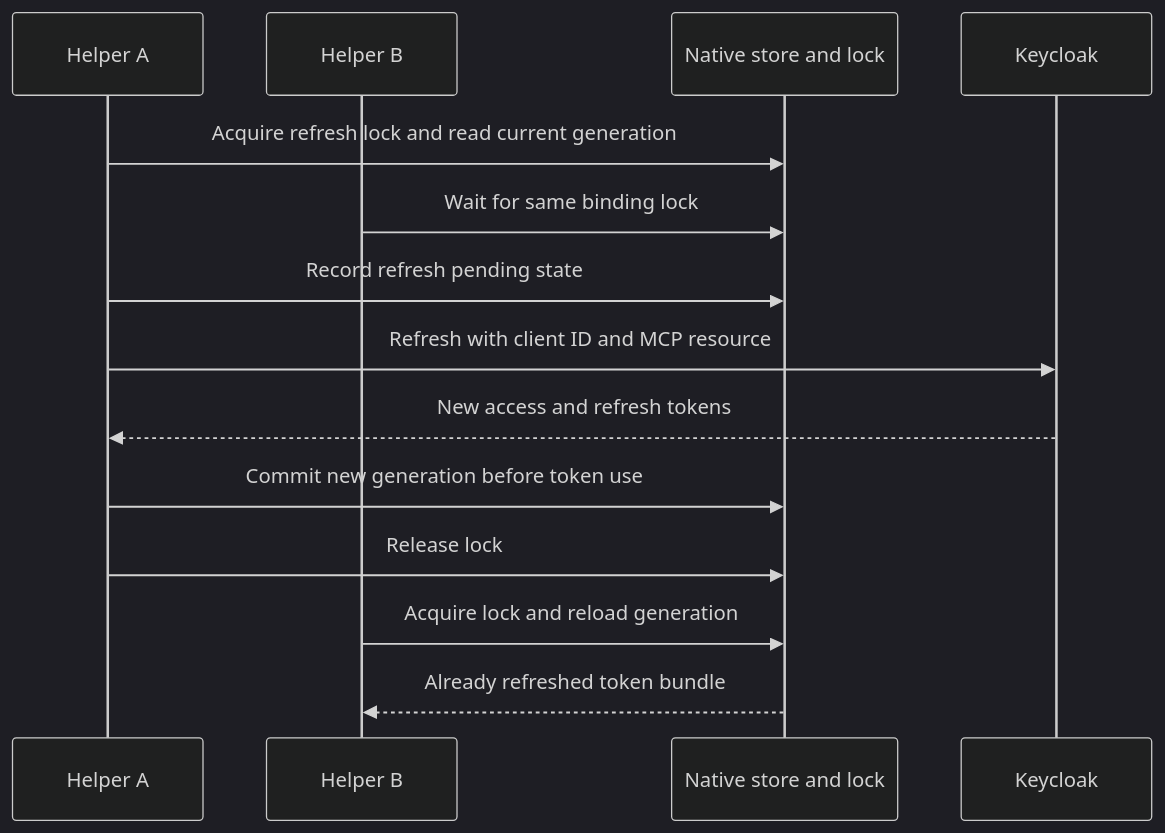
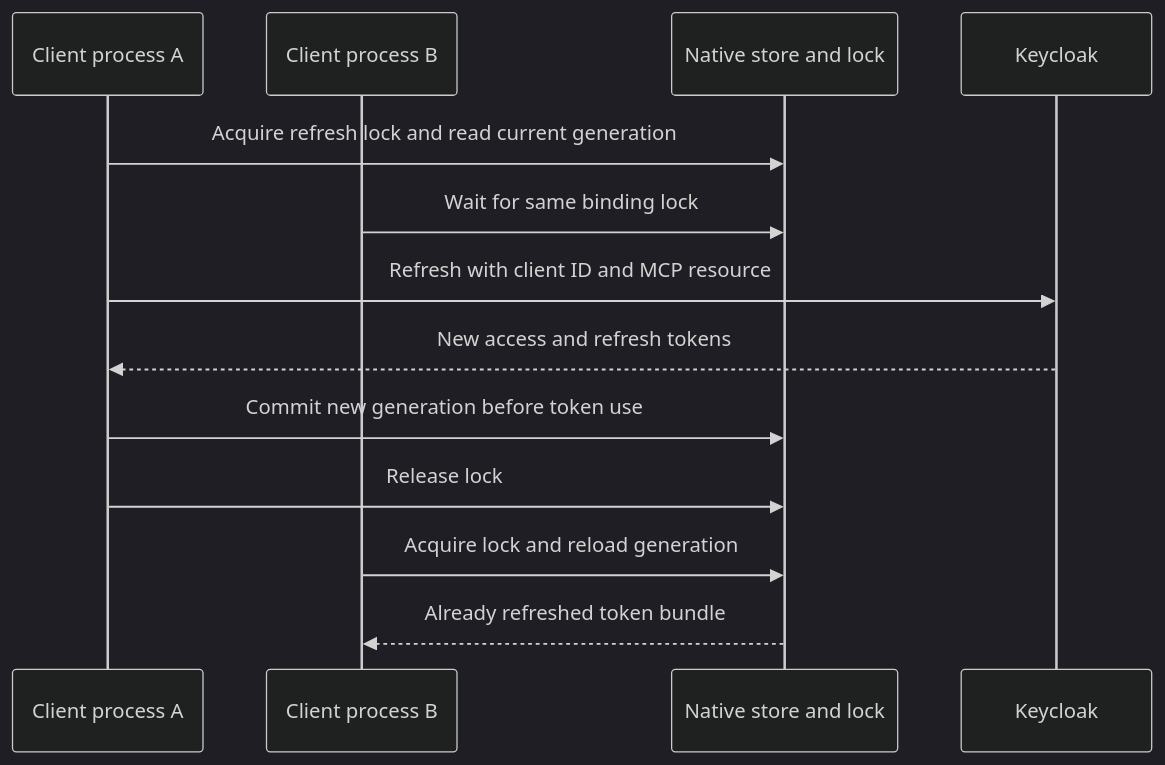
Before and after one commit to cdot65/prisma-airs-reference-architecture: the first of 2 diagrams in docs/lifecycle.md, drawn with Mermaid (dark theme). The commit also changed other lines of this file and 6 other files, not shown here.

````diff
--- a/docs/lifecycle.md
+++ b/docs/lifecycle.md
@@ -13,18 +13,17 @@
 ```mermaid
 sequenceDiagram
     accTitle: Concurrent refresh coordination
-    accDescr: One helper acquires a binding lock, records refresh intent, exchanges the token, and commits a new generation. The second helper waits and reloads the committed generation.
-    participant first as Helper A
-    participant second as Helper B
+    accDescr: One client process locks the credential, exchanges the refresh token, and stores the new generation. A second process waits and reloads the saved credential.
+    participant first as Client process A
+    participant second as Client process B
     participant store as Native store and lock
     participant keycloak as Keycloak
     first->>store: Acquire refresh lock and read current generation
     second->>store: Wait for same binding lock
-    first->>store: Record refresh pending state
     first->>keycloak: Refresh with client ID and MCP resource
     keycloak-->>first: New access and refresh tokens
     first->>store: Commit new generation before token use
     first->>store: Release lock
     second->>store: Acquire lock and reload generation
     store-->>second: Already refreshed token bundle
 ```
````
